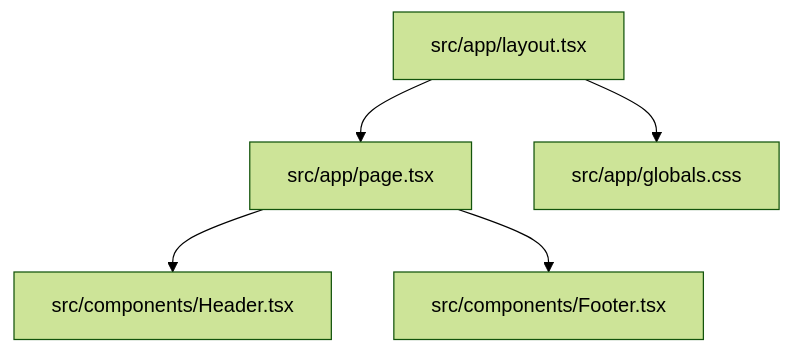
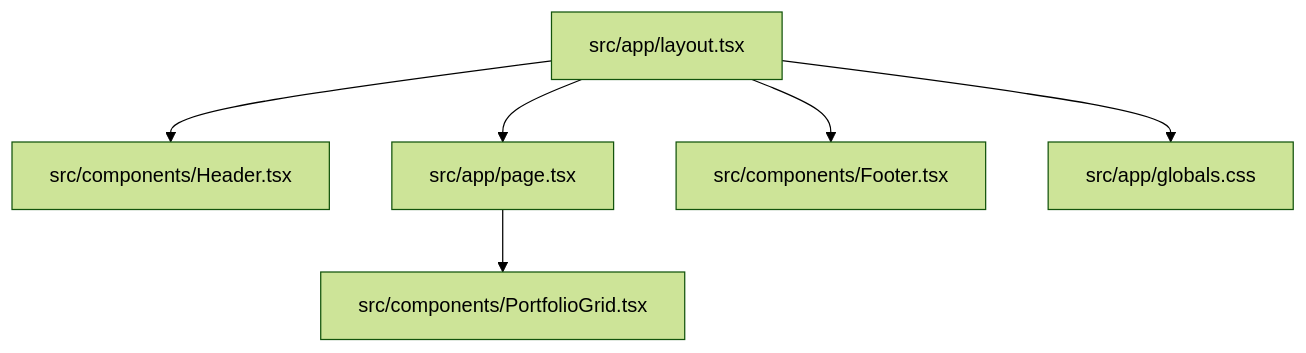
One commit to vele616/website-petra changed the diagram in lode/summary.md. Above: the diagram before and after it, drawn with Mermaid (forest theme). The commit also changed other lines of this file and 10 other files, not shown here.

````diff
--- a/lode/summary.md
+++ b/lode/summary.md
@@ -11,7 +11,8 @@
 ```mermaid
 graph TD
-  Layout["src/app/layout.tsx"] --> Page["src/app/page.tsx"]
-  Page --> Header["src/components/Header.tsx"]
-  Page --> Footer["src/components/Footer.tsx"]
+  Layout["src/app/layout.tsx"] --> Header["src/components/Header.tsx"]
+  Layout --> Page["src/app/page.tsx"]
+  Layout --> Footer["src/components/Footer.tsx"]
+  Page --> PortfolioGrid["src/components/PortfolioGrid.tsx"]
   Layout --> Globals["src/app/globals.css"]
 ```
````
